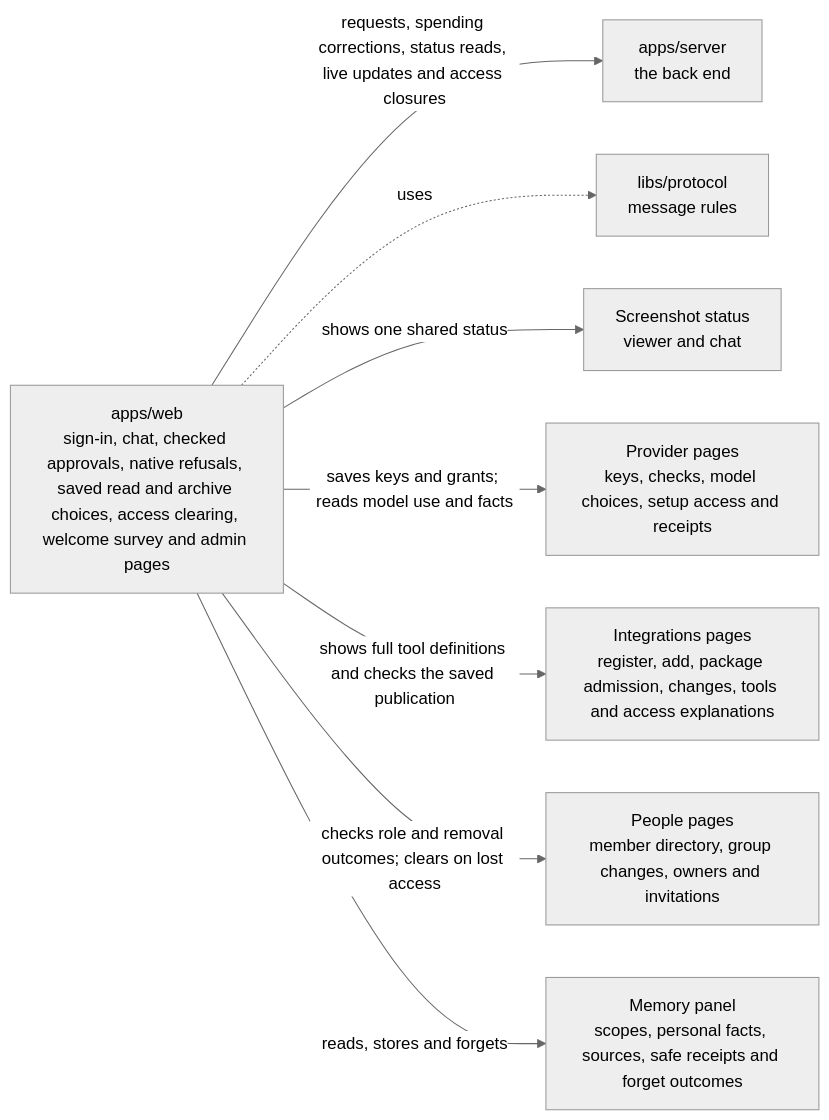
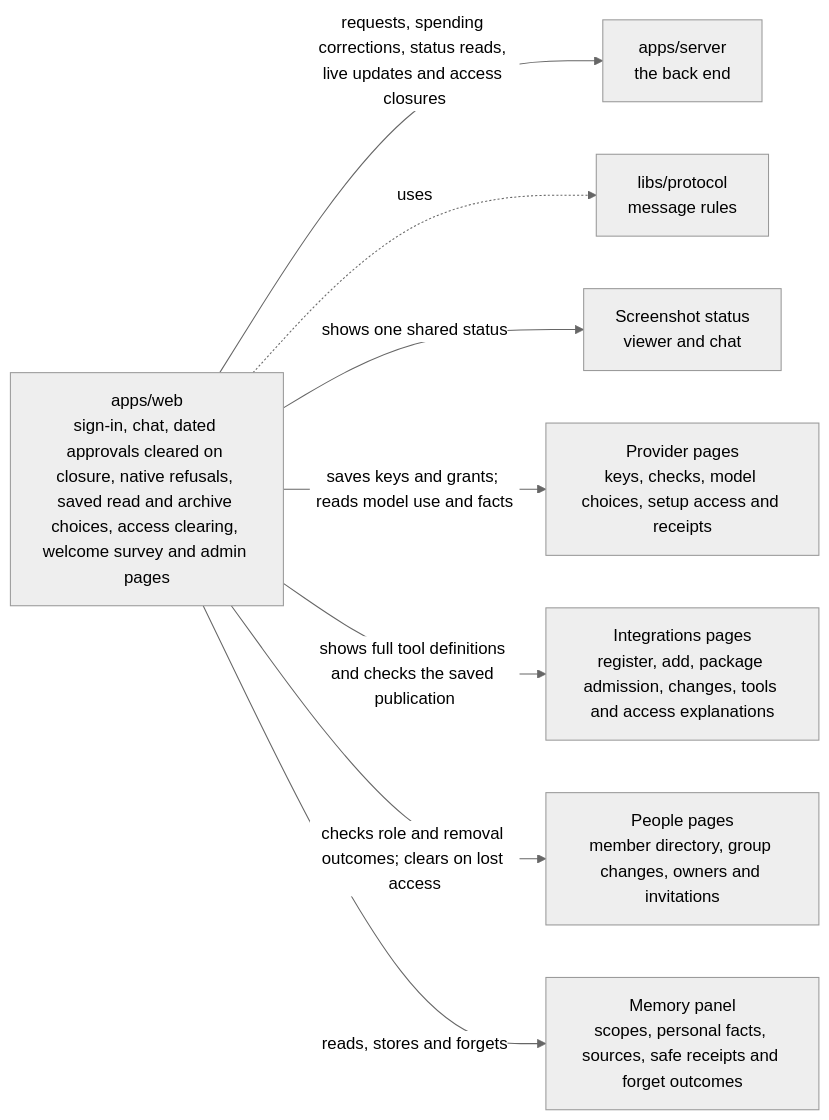
One commit to elewa-git/opencrane-new changed the diagram in apps/web/README.md. Above: the diagram before and after it, drawn with Mermaid (neutral theme). The commit also changed other lines of this file and 28 other files, not shown here.

First line of the commit message:
🕰️ Finished approval cards show their saved times and reasons, and closing a chat clears them (#526)

````diff
--- a/apps/web/README.md
+++ b/apps/web/README.md
@@ -11,10 +11,10 @@
 ```mermaid
 flowchart LR
-  web["apps/web<br/>sign-in, chat, checked approvals, native refusals, saved read and archive choices, access clearing, welcome survey and admin pages"] -->|requests, spending corrections, status reads, live updates and access closures| server["apps/server<br/>the back end"]
+  web["apps/web<br/>sign-in, chat, dated approvals cleared on closure, native refusals, saved read and archive choices, access clearing, welcome survey and admin pages"] -->|requests, spending corrections, status reads, live updates and access closures| server["apps/server<br/>the back end"]
   web -.->|uses| protocol["libs/protocol<br/>message rules"]
   web -->|shows one shared status| capture["Screenshot status<br/>viewer and chat"]
   web -->|saves keys and grants; reads model use and facts| providers["Provider pages<br/>keys, checks, model choices, setup access and receipts"]
   web -->|shows full tool definitions and checks the saved publication| integrations["Integrations pages<br/>register, add, package admission, changes, tools and access explanations"]
   web -->|checks role and removal outcomes; clears on lost access| people["People pages<br/>member directory, group changes, owners and invitations"]
   web -->|reads, stores and forgets| memory["Memory panel<br/>scopes, personal facts, sources, safe receipts and forget outcomes"]
 ```
````
